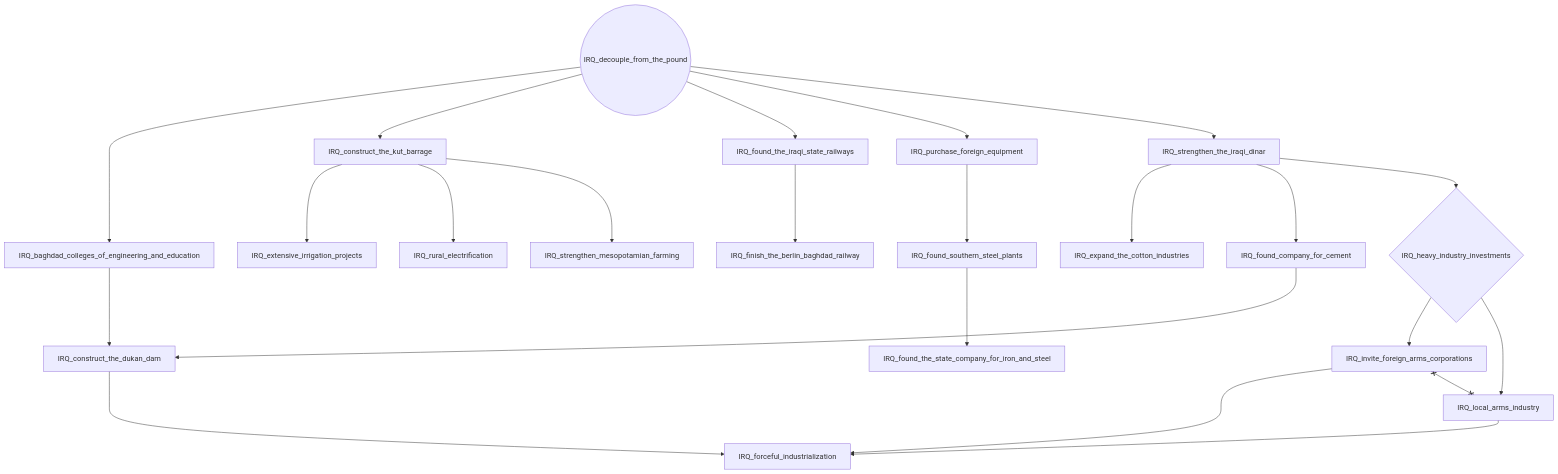
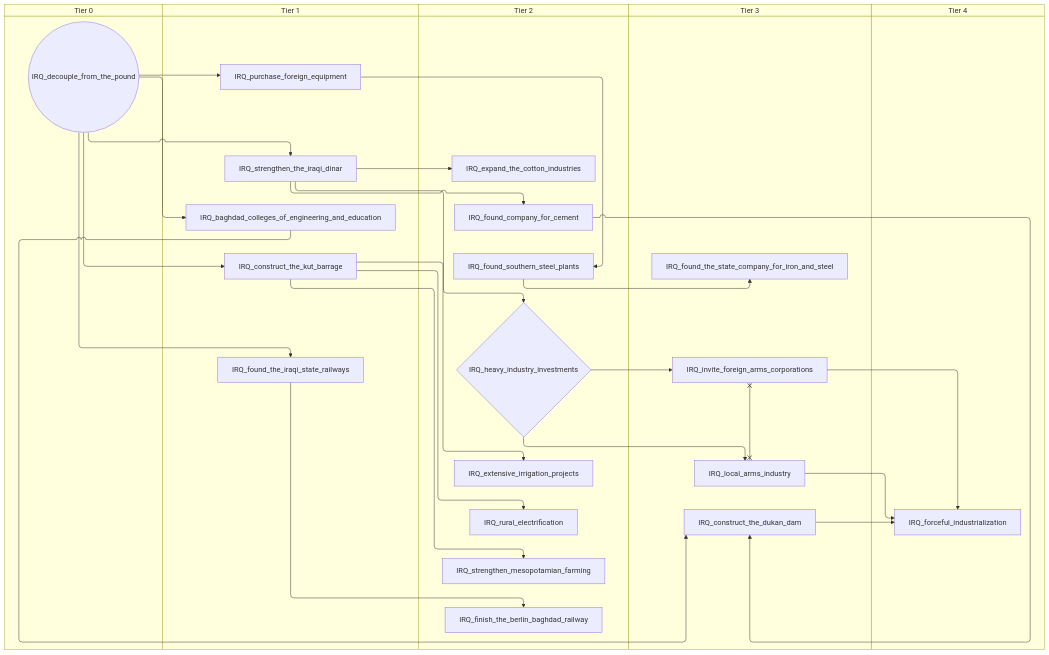
One commit to evgeny-sobol/hoi4-sandbox-mode-r56 changed the second of 6 diagrams in docs/gdd/National Focuses/r56/iraq.md. Above: the diagram before and after it, drawn with Mermaid. The commit also changed other lines of this file and 423 other files, not shown here.

First line of the commit message:
Re-export Rt56 focus trees as swimlane diagrams

````diff
--- a/docs/gdd/National Focuses/r56/iraq.md
+++ b/docs/gdd/National Focuses/r56/iraq.md
@@ -19,44 +25,54 @@
 ```mermaid
-flowchart TD
-    n6["IRQ_baghdad_colleges_of_engineering_and_education"]
-    n7["IRQ_construct_the_dukan_dam"]
-    n8["IRQ_construct_the_kut_barrage"]
-    n9(("IRQ_decouple_from_the_pound"))
-    n10["IRQ_expand_the_cotton_industries"]
-    n11["IRQ_extensive_irrigation_projects"]
-    n12["IRQ_finish_the_berlin_baghdad_railway"]
-    n13["IRQ_forceful_industrialization"]
-    n14["IRQ_found_company_for_cement"]
-    n15["IRQ_found_southern_steel_plants"]
-    n16["IRQ_found_the_iraqi_state_railways"]
-    n17["IRQ_found_the_state_company_for_iron_and_steel"]
-    n18{"IRQ_heavy_industry_investments"}
-    n19["IRQ_invite_foreign_arms_corporations"]
-    n20["IRQ_local_arms_industry"]
-    n21["IRQ_purchase_foreign_equipment"]
-    n22["IRQ_rural_electrification"]
-    n23["IRQ_strengthen_mesopotamian_farming"]
-    n24["IRQ_strengthen_the_iraqi_dinar"]
-    n9 --> n6
-    n14 --> n7
+swimlane-beta TD
+    subgraph tier_0["Tier 0"]
+        n6(("IRQ_decouple_from_the_pound"))
+    end
+    subgraph tier_1["Tier 1"]
+        n7["IRQ_baghdad_colleges_of_engineering_and_education"]
+        n8["IRQ_construct_the_kut_barrage"]
+        n9["IRQ_found_the_iraqi_state_railways"]
+        n10["IRQ_purchase_foreign_equipment"]
+        n11["IRQ_strengthen_the_iraqi_dinar"]
+    end
+    subgraph tier_2["Tier 2"]
+        n12["IRQ_expand_the_cotton_industries"]
+        n13["IRQ_extensive_irrigation_projects"]
+        n14["IRQ_finish_the_berlin_baghdad_railway"]
+        n15["IRQ_found_company_for_cement"]
+        n16["IRQ_found_southern_steel_plants"]
+        n17{"IRQ_heavy_industry_investments"}
+        n18["IRQ_rural_electrification"]
+        n19["IRQ_strengthen_mesopotamian_farming"]
+    end
+    subgraph tier_3["Tier 3"]
+        n20["IRQ_construct_the_dukan_dam"]
+        n21["IRQ_found_the_state_company_for_iron_and_steel"]
+        n22["IRQ_invite_foreign_arms_corporations"]
+        n23["IRQ_local_arms_industry"]
+    end
+    subgraph tier_4["Tier 4"]
+        n24["IRQ_forceful_industrialization"]
+    end
     n6 --> n7
-    n9 --> n8
-    n24 --> n10
-    n8 --> n11
-    n16 --> n12
-    n20 --> n13
-    n19 --> n13
-    n7 --> n13
-    n24 --> n14
-    n21 --> n15
-    n9 --> n16
-    n15 --> n17
-    n24 --> n18
-    n18 --> n19
-    n18 --> n20
-    n9 --> n21
-    n8 --> n22
-    n8 --> n23
-    n9 --> n24
-    n19 x--x n20
+    n15 --> n20
+    n7 --> n20
+    n6 --> n8
+    n11 --> n12
+    n8 --> n13
+    n9 --> n14
+    n23 --> n24
+    n22 --> n24
+    n20 --> n24
+    n11 --> n15
+    n10 --> n16
+    n6 --> n9
+    n16 --> n21
+    n11 --> n17
+    n17 --> n22
+    n17 --> n23
+    n6 --> n10
+    n8 --> n18
+    n8 --> n19
+    n6 --> n11
+    n22 x--x n23
 ```
````
